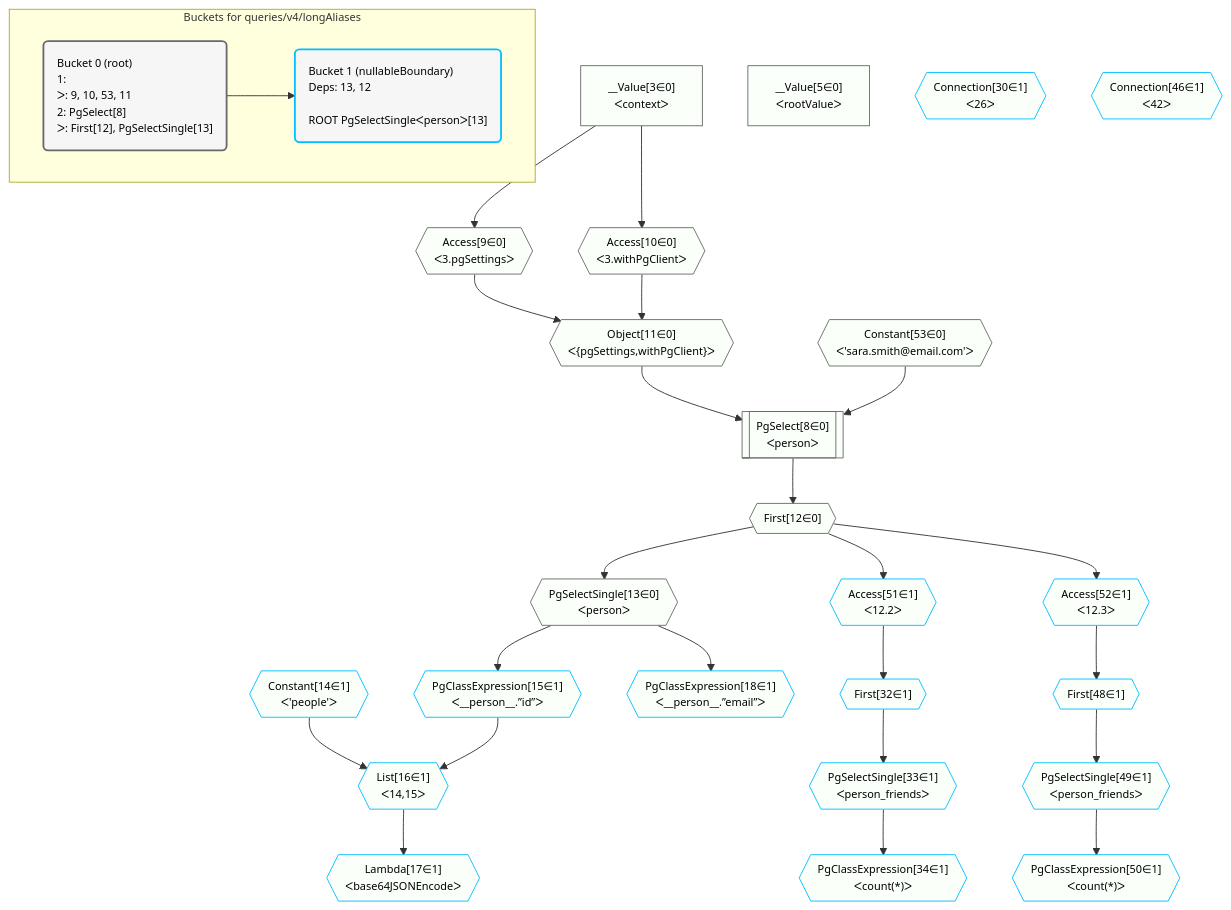
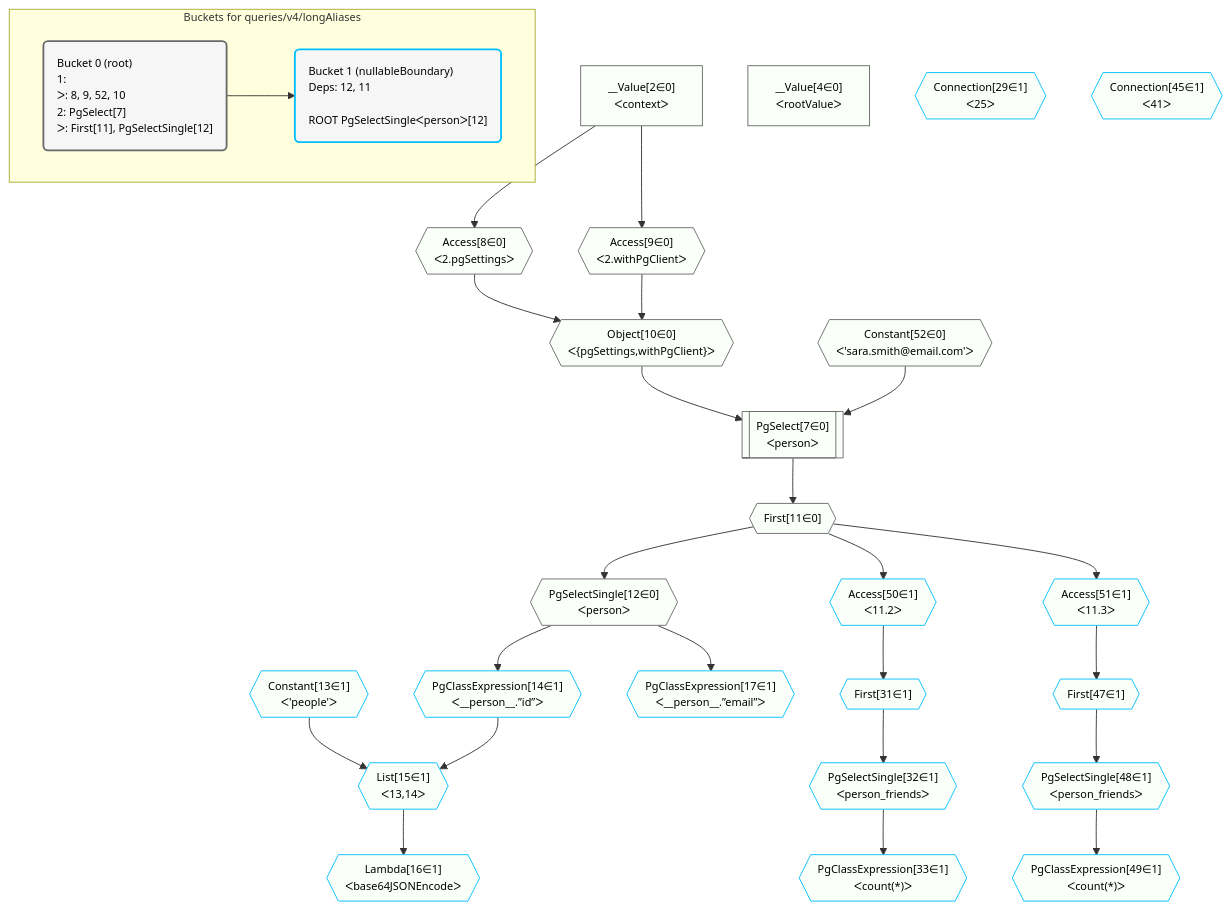
One commit to graphile/crystal changed the diagram in postgraphile/postgraphile/__tests__/queries/v4/longAliases.mermaid. Above: the diagram before and after it, drawn with Mermaid. The commit also changed 338 other files, not shown here.

Commit message:
Renumber steps across all plan diagrams

```diff
--- a/postgraphile/postgraphile/__tests__/queries/v4/longAliases.mermaid
+++ b/postgraphile/postgraphile/__tests__/queries/v4/longAliases.mermaid
@@ -1,67 +1,67 @@
 %%{init: {'themeVariables': { 'fontSize': '12px'}}}%%
 graph TD
     classDef path fill:#eee,stroke:#000,color:#000
     classDef plan fill:#fff,stroke-width:1px,color:#000
     classDef itemplan fill:#fff,stroke-width:2px,color:#000
     classDef unbatchedplan fill:#dff,stroke-width:1px,color:#000
     classDef sideeffectplan fill:#fcc,stroke-width:2px,color:#000
     classDef bucket fill:#f6f6f6,color:#000,stroke-width:2px,text-align:left
 
 
     %% plan dependencies
-    PgSelect8[["PgSelect[8∈0]<br />ᐸpersonᐳ"]]:::plan
-    Object11{{"Object[11∈0]<br />ᐸ{pgSettings,withPgClient}ᐳ"}}:::plan
-    Constant53{{"Constant[53∈0]<br />ᐸ'sara.smith@email.com'ᐳ"}}:::plan
-    Object11 & Constant53 --> PgSelect8
-    Access9{{"Access[9∈0]<br />ᐸ3.pgSettingsᐳ"}}:::plan
-    Access10{{"Access[10∈0]<br />ᐸ3.withPgClientᐳ"}}:::plan
-    Access9 & Access10 --> Object11
-    __Value3["__Value[3∈0]<br />ᐸcontextᐳ"]:::plan
-    __Value3 --> Access9
-    __Value3 --> Access10
-    First12{{"First[12∈0]"}}:::plan
-    PgSelect8 --> First12
-    PgSelectSingle13{{"PgSelectSingle[13∈0]<br />ᐸpersonᐳ"}}:::plan
-    First12 --> PgSelectSingle13
-    __Value5["__Value[5∈0]<br />ᐸrootValueᐳ"]:::plan
-    List16{{"List[16∈1]<br />ᐸ14,15ᐳ"}}:::plan
-    Constant14{{"Constant[14∈1]<br />ᐸ'people'ᐳ"}}:::plan
-    PgClassExpression15{{"PgClassExpression[15∈1]<br />ᐸ__person__.”id”ᐳ"}}:::plan
-    Constant14 & PgClassExpression15 --> List16
-    PgSelectSingle13 --> PgClassExpression15
-    Lambda17{{"Lambda[17∈1]<br />ᐸbase64JSONEncodeᐳ"}}:::plan
-    List16 --> Lambda17
-    PgClassExpression18{{"PgClassExpression[18∈1]<br />ᐸ__person__.”email”ᐳ"}}:::plan
-    PgSelectSingle13 --> PgClassExpression18
-    First32{{"First[32∈1]"}}:::plan
-    Access51{{"Access[51∈1]<br />ᐸ12.2ᐳ"}}:::plan
-    Access51 --> First32
-    PgSelectSingle33{{"PgSelectSingle[33∈1]<br />ᐸperson_friendsᐳ"}}:::plan
-    First32 --> PgSelectSingle33
-    PgClassExpression34{{"PgClassExpression[34∈1]<br />ᐸcount(*)ᐳ"}}:::plan
-    PgSelectSingle33 --> PgClassExpression34
-    First48{{"First[48∈1]"}}:::plan
-    Access52{{"Access[52∈1]<br />ᐸ12.3ᐳ"}}:::plan
-    Access52 --> First48
-    PgSelectSingle49{{"PgSelectSingle[49∈1]<br />ᐸperson_friendsᐳ"}}:::plan
-    First48 --> PgSelectSingle49
-    PgClassExpression50{{"PgClassExpression[50∈1]<br />ᐸcount(*)ᐳ"}}:::plan
-    PgSelectSingle49 --> PgClassExpression50
-    First12 --> Access51
-    First12 --> Access52
-    Connection30{{"Connection[30∈1]<br />ᐸ26ᐳ"}}:::plan
-    Connection46{{"Connection[46∈1]<br />ᐸ42ᐳ"}}:::plan
+    PgSelect7[["PgSelect[7∈0]<br />ᐸpersonᐳ"]]:::plan
+    Object10{{"Object[10∈0]<br />ᐸ{pgSettings,withPgClient}ᐳ"}}:::plan
+    Constant52{{"Constant[52∈0]<br />ᐸ'sara.smith@email.com'ᐳ"}}:::plan
+    Object10 & Constant52 --> PgSelect7
+    Access8{{"Access[8∈0]<br />ᐸ2.pgSettingsᐳ"}}:::plan
+    Access9{{"Access[9∈0]<br />ᐸ2.withPgClientᐳ"}}:::plan
+    Access8 & Access9 --> Object10
+    __Value2["__Value[2∈0]<br />ᐸcontextᐳ"]:::plan
+    __Value2 --> Access8
+    __Value2 --> Access9
+    First11{{"First[11∈0]"}}:::plan
+    PgSelect7 --> First11
+    PgSelectSingle12{{"PgSelectSingle[12∈0]<br />ᐸpersonᐳ"}}:::plan
+    First11 --> PgSelectSingle12
+    __Value4["__Value[4∈0]<br />ᐸrootValueᐳ"]:::plan
+    List15{{"List[15∈1]<br />ᐸ13,14ᐳ"}}:::plan
+    Constant13{{"Constant[13∈1]<br />ᐸ'people'ᐳ"}}:::plan
+    PgClassExpression14{{"PgClassExpression[14∈1]<br />ᐸ__person__.”id”ᐳ"}}:::plan
+    Constant13 & PgClassExpression14 --> List15
+    PgSelectSingle12 --> PgClassExpression14
+    Lambda16{{"Lambda[16∈1]<br />ᐸbase64JSONEncodeᐳ"}}:::plan
+    List15 --> Lambda16
+    PgClassExpression17{{"PgClassExpression[17∈1]<br />ᐸ__person__.”email”ᐳ"}}:::plan
+    PgSelectSingle12 --> PgClassExpression17
+    First31{{"First[31∈1]"}}:::plan
+    Access50{{"Access[50∈1]<br />ᐸ11.2ᐳ"}}:::plan
+    Access50 --> First31
+    PgSelectSingle32{{"PgSelectSingle[32∈1]<br />ᐸperson_friendsᐳ"}}:::plan
+    First31 --> PgSelectSingle32
+    PgClassExpression33{{"PgClassExpression[33∈1]<br />ᐸcount(*)ᐳ"}}:::plan
+    PgSelectSingle32 --> PgClassExpression33
+    First47{{"First[47∈1]"}}:::plan
+    Access51{{"Access[51∈1]<br />ᐸ11.3ᐳ"}}:::plan
+    Access51 --> First47
+    PgSelectSingle48{{"PgSelectSingle[48∈1]<br />ᐸperson_friendsᐳ"}}:::plan
+    First47 --> PgSelectSingle48
+    PgClassExpression49{{"PgClassExpression[49∈1]<br />ᐸcount(*)ᐳ"}}:::plan
+    PgSelectSingle48 --> PgClassExpression49
+    First11 --> Access50
+    First11 --> Access51
+    Connection29{{"Connection[29∈1]<br />ᐸ25ᐳ"}}:::plan
+    Connection45{{"Connection[45∈1]<br />ᐸ41ᐳ"}}:::plan
 
     %% define steps
 
     subgraph "Buckets for queries/v4/longAliases"
-    Bucket0("Bucket 0 (root)<br />1: <br />ᐳ: 9, 10, 53, 11<br />2: PgSelect[8]<br />ᐳ: First[12], PgSelectSingle[13]"):::bucket
+    Bucket0("Bucket 0 (root)<br />1: <br />ᐳ: 8, 9, 52, 10<br />2: PgSelect[7]<br />ᐳ: First[11], PgSelectSingle[12]"):::bucket
     classDef bucket0 stroke:#696969
-    class Bucket0,__Value3,__Value5,PgSelect8,Access9,Access10,Object11,First12,PgSelectSingle13,Constant53 bucket0
-    Bucket1("Bucket 1 (nullableBoundary)<br />Deps: 13, 12<br /><br />ROOT PgSelectSingleᐸpersonᐳ[13]"):::bucket
+    class Bucket0,__Value2,__Value4,PgSelect7,Access8,Access9,Object10,First11,PgSelectSingle12,Constant52 bucket0
+    Bucket1("Bucket 1 (nullableBoundary)<br />Deps: 12, 11<br /><br />ROOT PgSelectSingleᐸpersonᐳ[12]"):::bucket
     classDef bucket1 stroke:#00bfff
-    class Bucket1,Constant14,PgClassExpression15,List16,Lambda17,PgClassExpression18,Connection30,First32,PgSelectSingle33,PgClassExpression34,Connection46,First48,PgSelectSingle49,PgClassExpression50,Access51,Access52 bucket1
+    class Bucket1,Constant13,PgClassExpression14,List15,Lambda16,PgClassExpression17,Connection29,First31,PgSelectSingle32,PgClassExpression33,Connection45,First47,PgSelectSingle48,PgClassExpression49,Access50,Access51 bucket1
     Bucket0 --> Bucket1
     classDef unary fill:#fafffa,borderWidth:8px
-    class PgSelect8,Object11,Access9,Access10,First12,PgSelectSingle13,__Value3,__Value5,Constant53,List16,PgClassExpression15,Lambda17,PgClassExpression18,First32,PgSelectSingle33,PgClassExpression34,First48,PgSelectSingle49,PgClassExpression50,Access51,Access52,Constant14,Connection30,Connection46 unary
+    class PgSelect7,Object10,Access8,Access9,First11,PgSelectSingle12,__Value2,__Value4,Constant52,List15,PgClassExpression14,Lambda16,PgClassExpression17,First31,PgSelectSingle32,PgClassExpression33,First47,PgSelectSingle48,PgClassExpression49,Access50,Access51,Constant13,Connection29,Connection45 unary
     end
```
